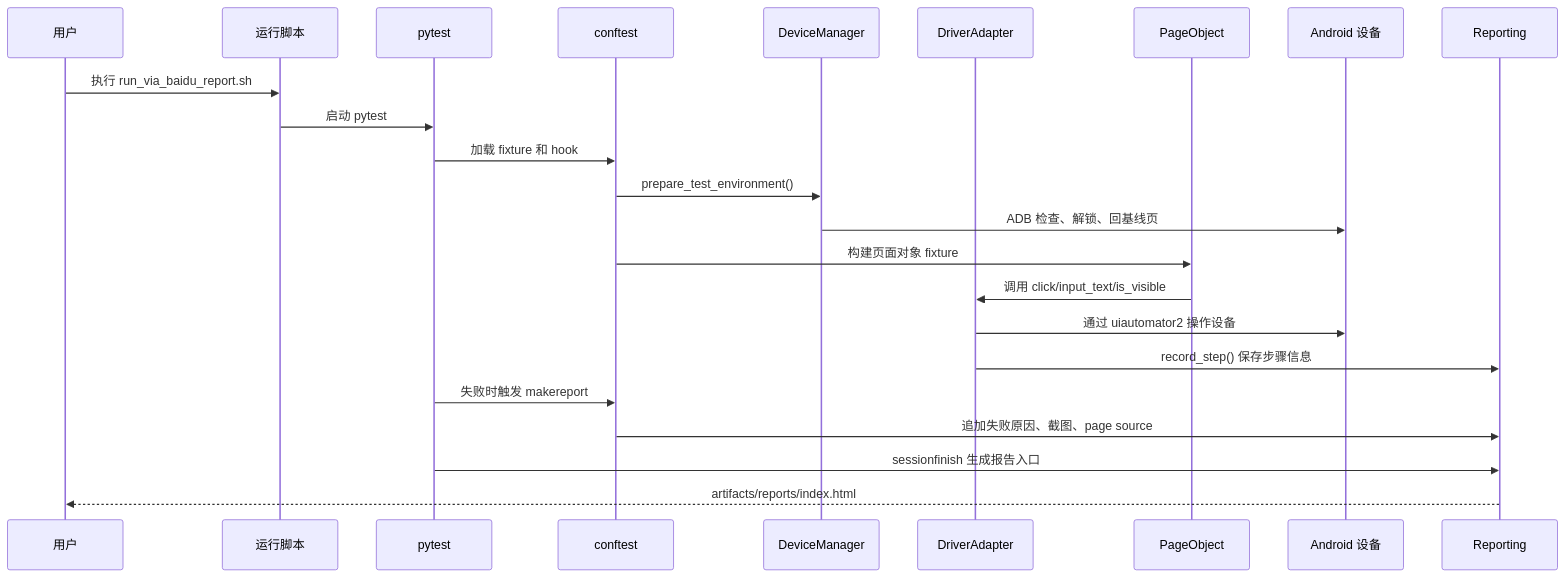
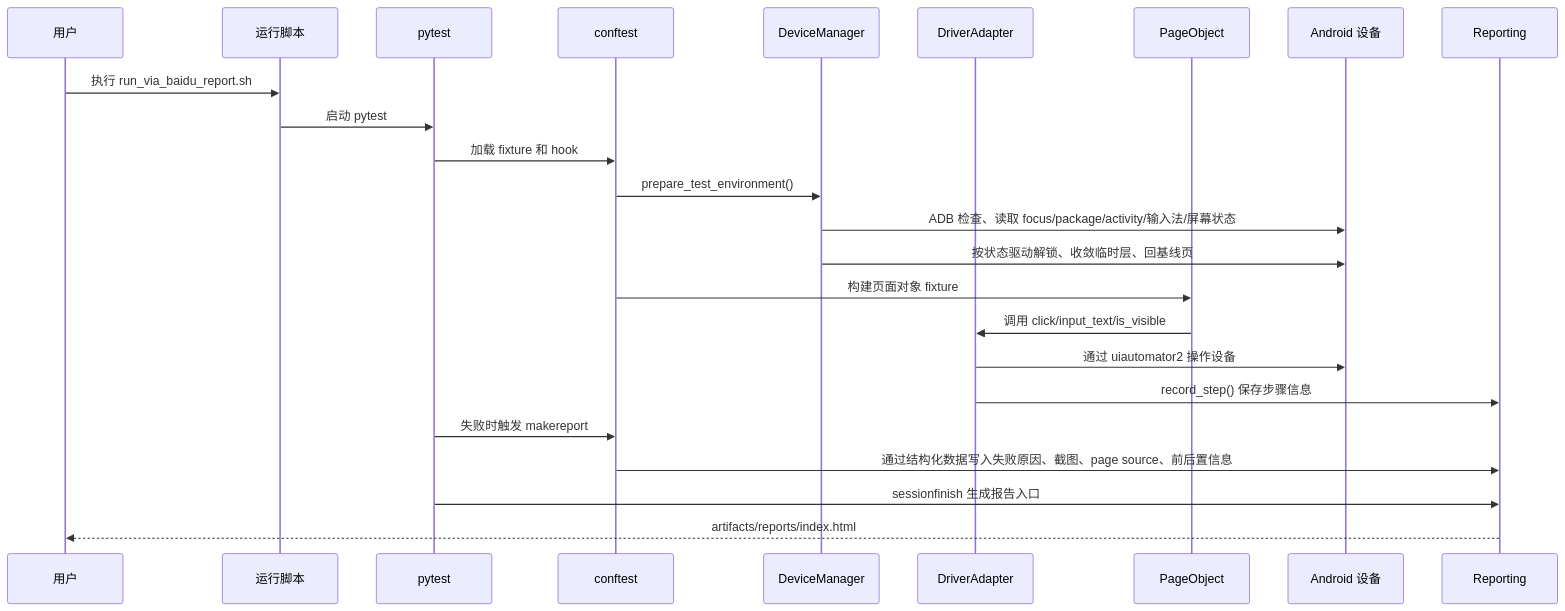
Before and after one commit to leaveeeeeee/ai-android-ui-autotest-framework: the second of 3 diagrams in docs/framework_flow.md, drawn with Mermaid. The commit also changed other lines of this file and 23 other files, not shown here.

````diff
--- a/docs/framework_flow.md
+++ b/docs/framework_flow.md
@@ -30,26 +30,27 @@
 ```mermaid
 sequenceDiagram
     participant U as 用户
     participant S as 运行脚本
     participant P as pytest
     participant C as conftest
     participant D as DeviceManager
     participant G as DriverAdapter
     participant Page as PageObject
     participant A as Android 设备
     participant R as Reporting
 
     U->>S: 执行 run_via_baidu_report.sh
     S->>P: 启动 pytest
     P->>C: 加载 fixture 和 hook
     C->>D: prepare_test_environment()
-    D->>A: ADB 检查、解锁、回基线页
+    D->>A: ADB 检查、读取 focus/package/activity/输入法/屏幕状态
+    D->>A: 按状态驱动解锁、收敛临时层、回基线页
     C->>Page: 构建页面对象 fixture
     Page->>G: 调用 click/input_text/is_visible
     G->>A: 通过 uiautomator2 操作设备
     G->>R: record_step() 保存步骤信息
     P->>C: 失败时触发 makereport
-    C->>R: 追加失败原因、截图、page source
+    C->>R: 通过结构化数据写入失败原因、截图、page source、前后置信息
     P->>R: sessionfinish 生成报告入口
     R-->>U: artifacts/reports/index.html
 ```
````
